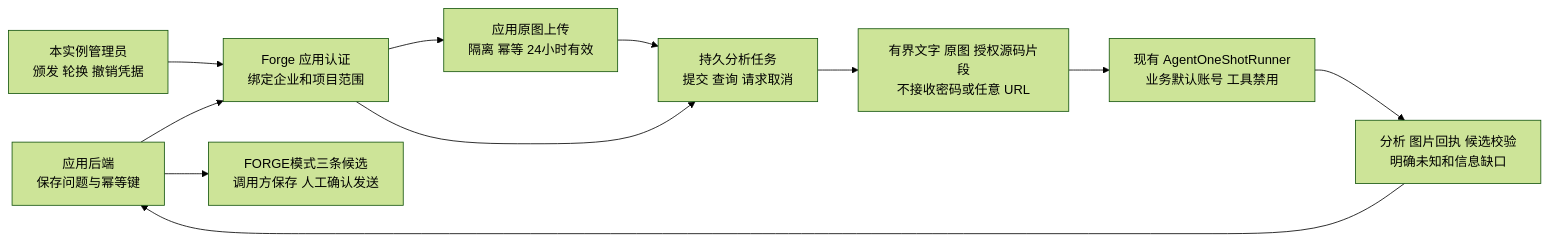
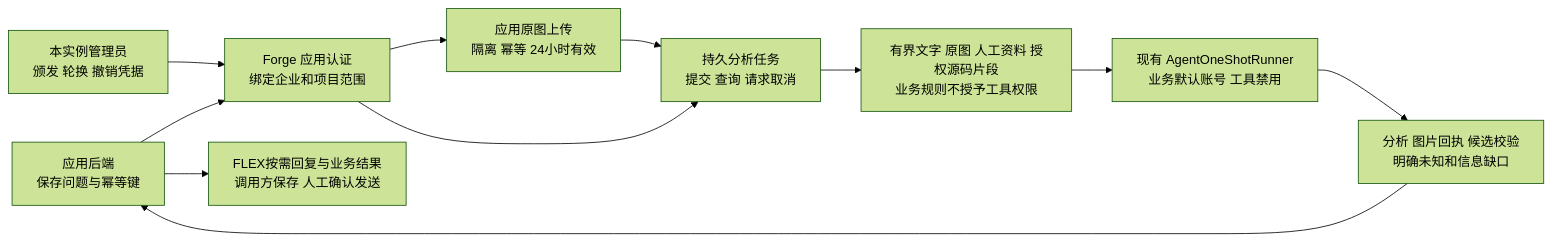
One commit to exception-coder/kai-toolbox changed diagram 43 of 44 in docs/ai-coding-architecture.md. Above: the diagram before and after it, drawn with Mermaid (forest theme). The commit also changed other lines of this file and 19 other files, not shown here.

````diff
--- a/docs/ai-coding-architecture.md
+++ b/docs/ai-coding-architecture.md
@@ -1094,13 +1094,13 @@
 ```mermaid
 flowchart LR
     APP["应用后端<br/>保存问题与幂等键"] --> AUTH["Forge 应用认证<br/>绑定企业和项目范围"]
     ADMIN["本实例管理员<br/>颁发 轮换 撤销凭据"] --> AUTH
     AUTH --> IMAGE["应用原图上传<br/>隔离 幂等 24小时有效"]
     IMAGE --> TASK["持久分析任务<br/>提交 查询 请求取消"]
     AUTH --> TASK
-    TASK --> DATA["有界文字 原图 授权源码片段<br/>不接收密码或任意 URL"]
+    TASK --> DATA["有界文字 原图 人工资料 授权源码片段<br/>业务规则不授予工具权限"]
     DATA --> AGENT["现有 AgentOneShotRunner<br/>业务默认账号 工具禁用"]
     AGENT --> CHECK["分析 图片回执 候选校验<br/>明确未知和信息缺口"]
     CHECK --> APP
-    APP --> HUMAN["FORGE模式三条候选<br/>调用方保存 人工确认发送"]
+    APP --> HUMAN["FLEX按需回复与业务结果<br/>调用方保存 人工确认发送"]
 ```
````
